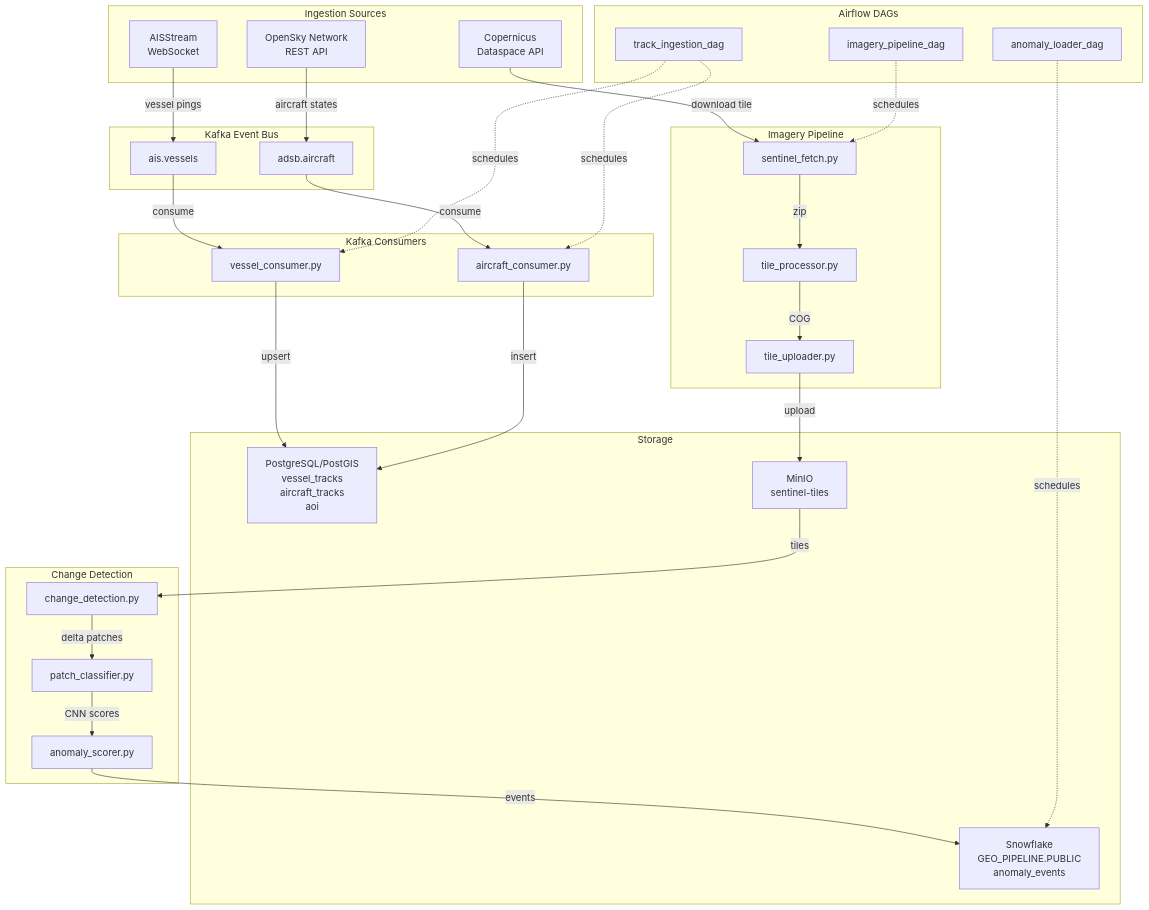
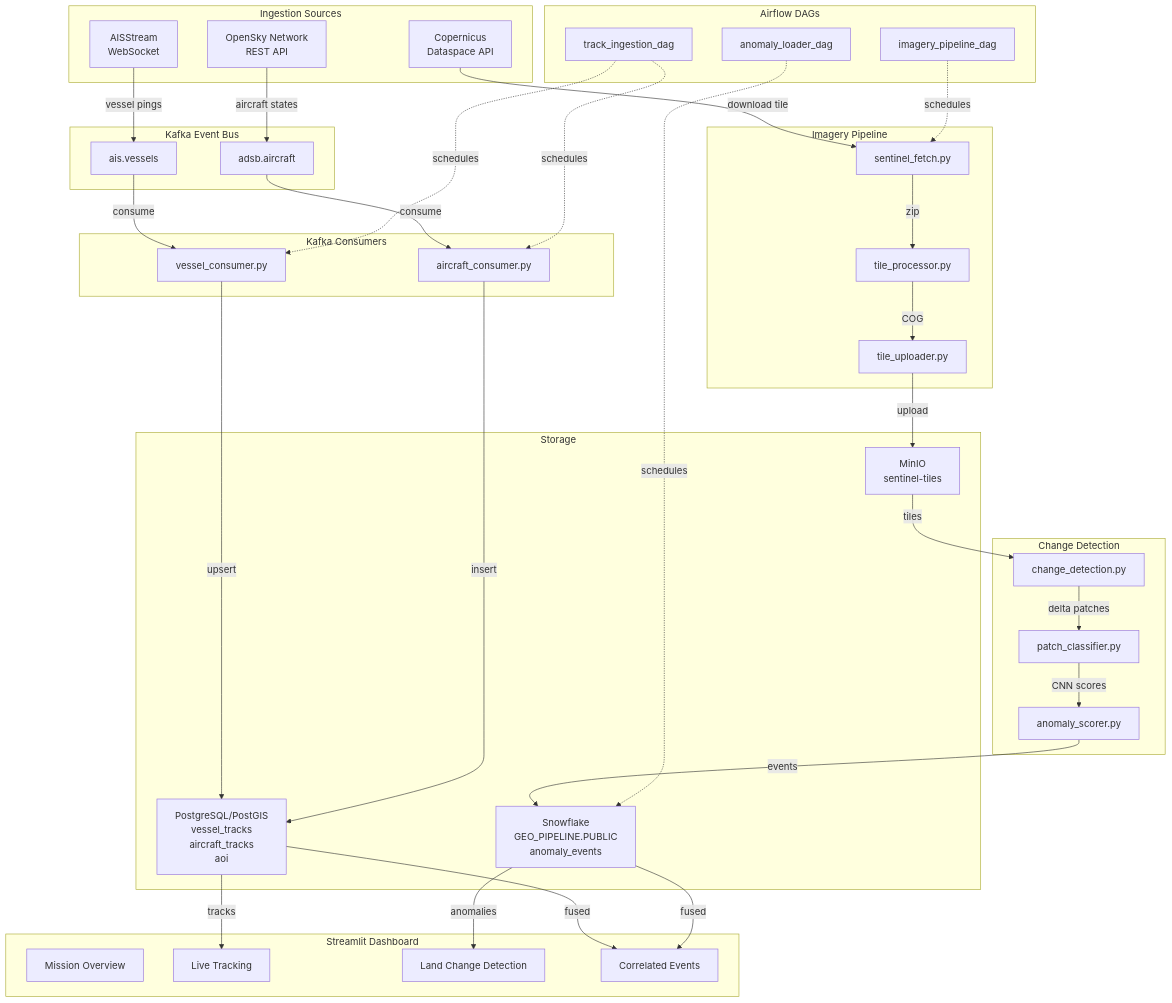
The diagram in README.md (cristi4nhdz/geospatial-activity-pipeline), drawn with Mermaid before and after one commit. The commit also changed other lines of this file, not shown here.

Commit message:
docs: add dashboard to architecture diagram, screenshots, features, running the pipeline, and project structure

````diff
--- a/README.md
+++ b/README.md
@@ -29,61 +30,71 @@
 ```mermaid
 flowchart TD
     subgraph Sources["Ingestion Sources"]
         AIS["AISStream\nWebSocket"]
         OpenSky["OpenSky Network\nREST API"]
         Copernicus["Copernicus\nDataspace API"]
     end
 
     subgraph Kafka["Kafka Event Bus"]
         K1["ais.vessels"]
         K2["adsb.aircraft"]
     end
 
     subgraph Consumers["Kafka Consumers"]
         C1["vessel_consumer.py"]
         C2["aircraft_consumer.py"]
     end
 
     subgraph Imagery["Imagery Pipeline"]
         F["sentinel_fetch.py"]
         P["tile_processor.py"]
         U["tile_uploader.py"]
     end
 
     subgraph Detection["Change Detection"]
         CD["change_detection.py"]
         PC["patch_classifier.py"]
         AS["anomaly_scorer.py"]
     end
 
     subgraph Orchestration["Airflow DAGs"]
         D1["track_ingestion_dag"]
         D2["imagery_pipeline_dag"]
         D3["anomaly_loader_dag"]
     end
 
     subgraph Storage["Storage"]
         PG["PostgreSQL/PostGIS\nvessel_tracks\naircraft_tracks\naoi"]
         MN["MinIO\nsentinel-tiles"]
         SF["Snowflake\nGEO_PIPELINE.PUBLIC\nanomaly_events"]
     end
 
+    subgraph Dashboard["Streamlit Dashboard"]
+        DB1["Mission Overview"]
+        DB2["Live Tracking"]
+        DB3["Land Change Detection"]
+        DB4["Correlated Events"]
+    end
+
     AIS -->|vessel pings| K1
     OpenSky -->|aircraft states| K2
     K1 -->|consume| C1
     K2 -->|consume| C2
     C1 -->|upsert| PG
     C2 -->|insert| PG
     Copernicus -->|download tile| F
     F -->|zip| P
     P -->|COG| U
     U -->|upload| MN
     MN -->|tiles| CD
     CD -->|delta patches| PC
     PC -->|CNN scores| AS
     AS -->|events| SF
     D1 -.->|schedules| C1
     D1 -.->|schedules| C2
     D2 -.->|schedules| F
     D3 -.->|schedules| SF
+    PG -->|tracks| DB2
+    SF -->|anomalies| DB3
+    PG & SF -->|fused| DB4
 ```
````
